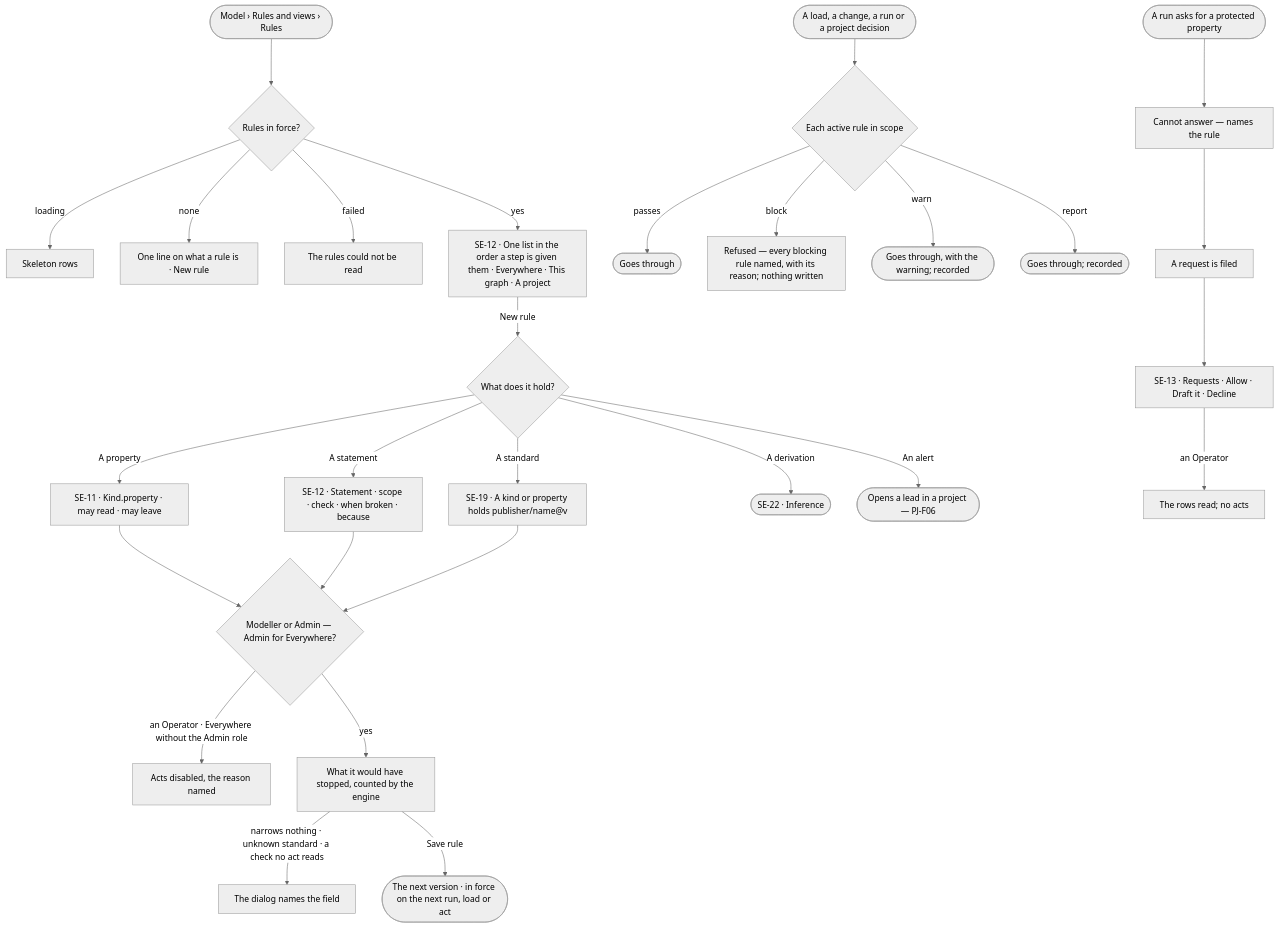
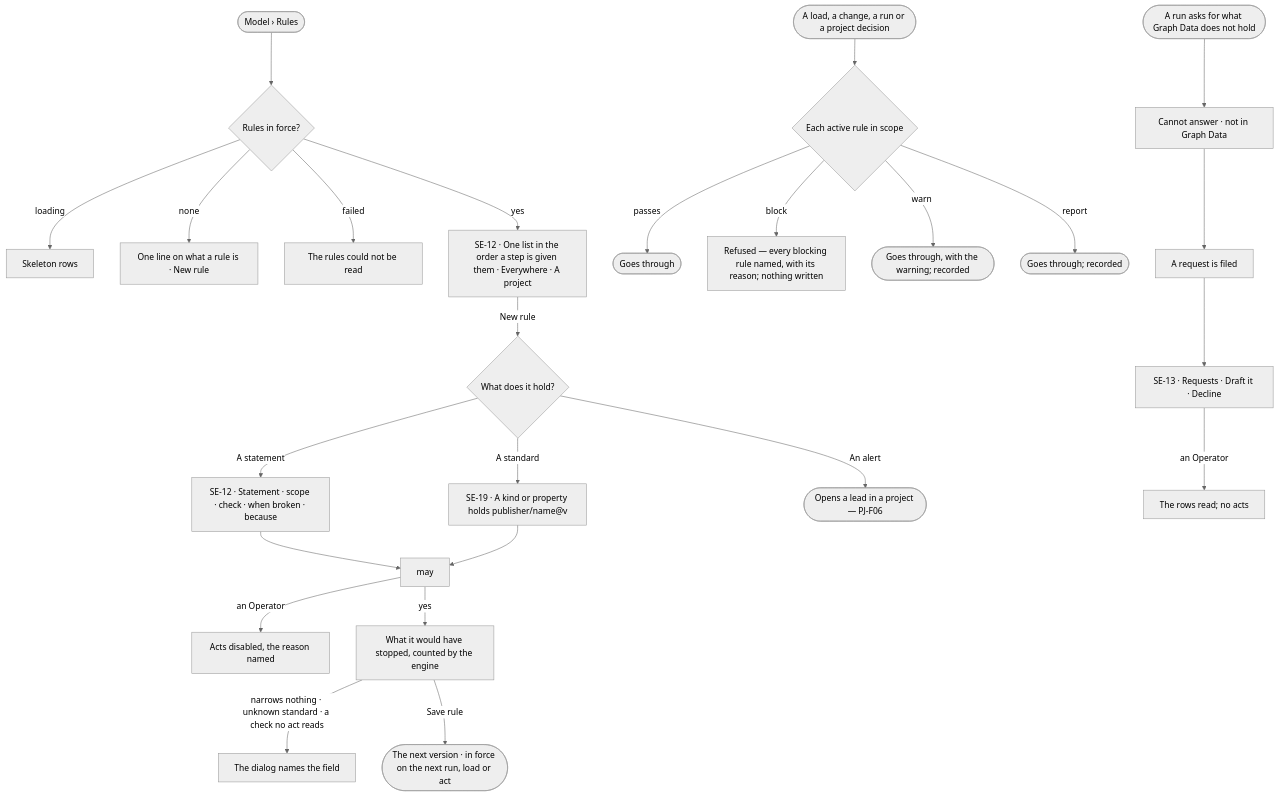
One commit to invana/invana changed the diagram in specs/capabilities/semantics/features/SE-F07-rules/feature.md. Above: the diagram before and after it, drawn with Mermaid (neutral theme). The commit also changed other lines of this file and 456 other files, not shown here.

````diff
--- a/specs/capabilities/semantics/features/SE-F07-rules/feature.md
+++ b/specs/capabilities/semantics/features/SE-F07-rules/feature.md
@@ -24,29 +26,26 @@
 ```mermaid
 flowchart TD
-  start([Model › Rules and views › Rules]) --> l{Rules in force?}
+  start([Model › Rules]) --> l{Rules in force?}
   l -->|loading| sk["Skeleton rows"]
   l -->|none| e["One line on what a rule is · New rule"]
   l -->|failed| f["The rules could not be read"]
-  l -->|yes| list["SE-12 · One list in the order a step is given them · Everywhere · This graph · A project"]
+  l -->|yes| list["SE-12 · One list in the order a step is given them · Everywhere · A project"]
   list -->|New rule| kind{What does it hold?}
-  kind -->|A property| prop["SE-11 · Kind.property · may read · may leave"]
   kind -->|A statement| dlg["SE-12 · Statement · scope · check · when broken · because"]
   kind -->|A standard| std["SE-19 · A kind or property holds publisher/name@v"]
-  kind -->|A derivation| der(["SE-22 · Inference"])
   kind -->|An alert| al(["Opens a lead in a project — PJ-F06"])
-  prop --> may{Modeller or Admin — Admin for Everywhere?}
   dlg --> may
   std --> may
-  may -->|an Operator · Everywhere without the Admin role| na["Acts disabled, the reason named"]
+  may -->|an Operator| na["Acts disabled, the reason named"]
   may -->|yes| imp["What it would have stopped, counted by the engine"]
   imp -->|narrows nothing · unknown standard · a check no act reads| bad["The dialog names the field"]
   imp -->|Save rule| saved(["The next version · in force on the next run, load or act"])
   act([A load, a change, a run or a project decision]) --> chk{Each active rule in scope}
   chk -->|passes| go(["Goes through"])
   chk -->|block| stop["Refused — every blocking rule named, with its reason; nothing written"]
   chk -->|warn| warn(["Goes through, with the warning; recorded"])
   chk -->|report| rep(["Goes through; recorded"])
-  run([A run asks for a protected property]) --> ca["Cannot answer — names the rule"] --> file["A request is filed"]
-  file --> q["SE-13 · Requests · Allow · Draft it · Decline"]
+  run([A run asks for what Graph Data does not hold]) --> ca["Cannot answer · not in Graph Data"] --> file["A request is filed"]
+  file --> q["SE-13 · Requests · Draft it · Decline"]
   q -->|an Operator| qr["The rows read; no acts"]
 ```
````
